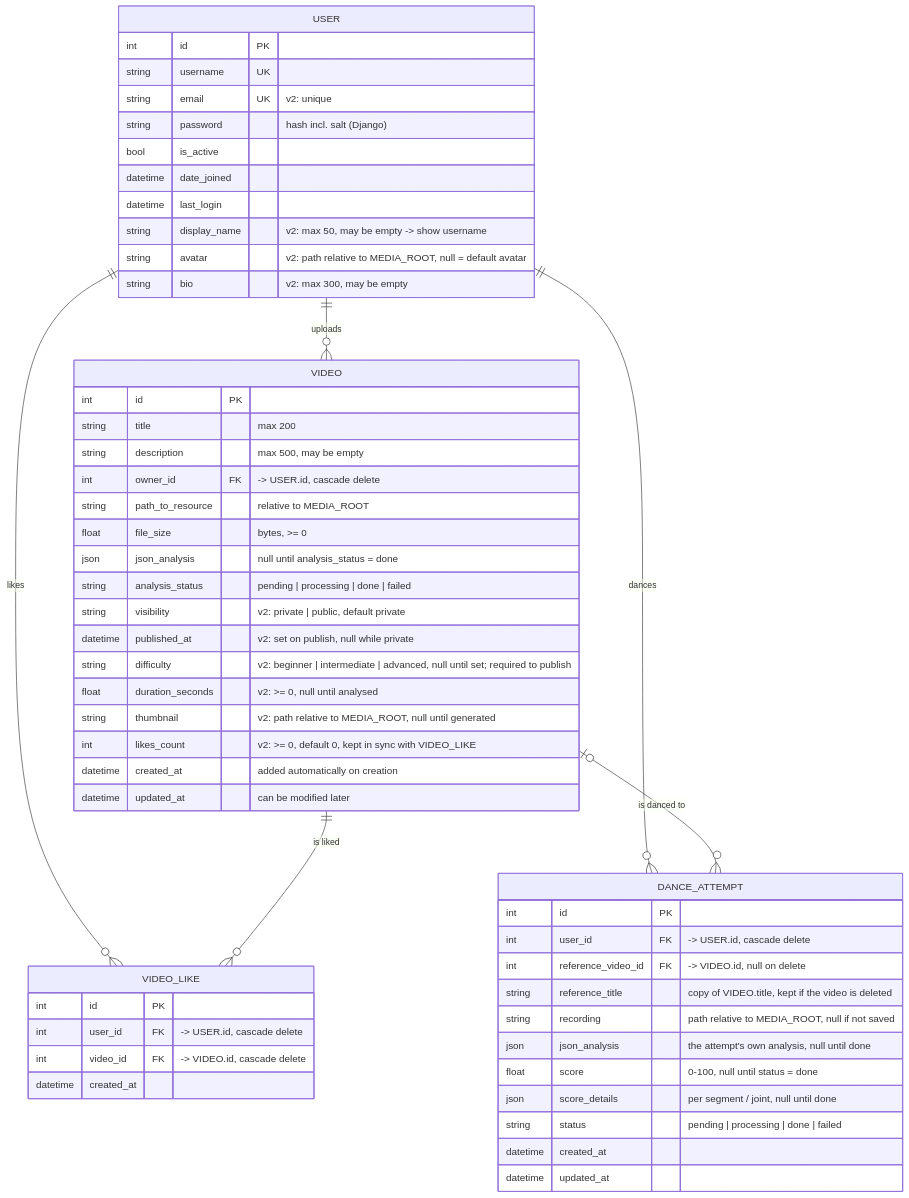
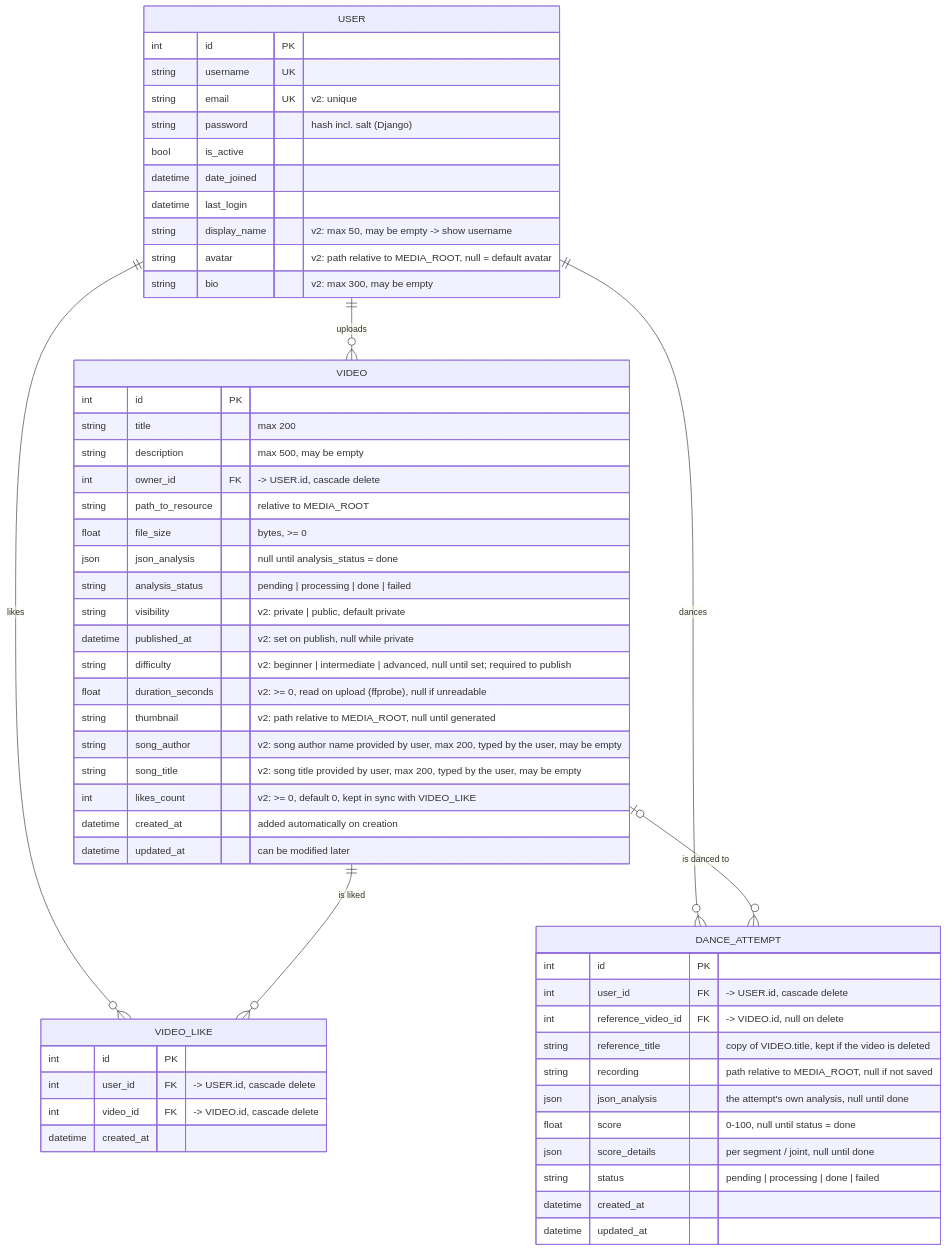
The diagram in backend/db/diagram/v2.md (p0mpon/zpi-dancingbuddy), drawn with Mermaid before and after one commit. The commit also changed other lines of this file and 8 other files, not shown here.

Commit message:
[DAN-101] Video v2 API: song fields, publish via PATCH visibility, duration calculated upon upload

````diff
--- a/backend/db/diagram/v2.md
+++ b/backend/db/diagram/v2.md
@@ -6,58 +6,60 @@
 ```mermaid
 erDiagram
     USER ||--o{ VIDEO : uploads
     USER ||--o{ VIDEO_LIKE : likes
     VIDEO ||--o{ VIDEO_LIKE : "is liked"
     USER ||--o{ DANCE_ATTEMPT : dances
     VIDEO |o--o{ DANCE_ATTEMPT : "is danced to"
 
     USER {
         int id PK
         string username UK
         string email UK "v2: unique"
         string password "hash incl. salt (Django)"
         bool is_active
         datetime date_joined
         datetime last_login
         string display_name "v2: max 50, may be empty -> show username"
         string avatar "v2: path relative to MEDIA_ROOT, null = default avatar"
         string bio "v2: max 300, may be empty"
     }
     VIDEO {
         int id PK
         string title "max 200"
         string description "max 500, may be empty"
         int owner_id FK "-> USER.id, cascade delete"
         string path_to_resource "relative to MEDIA_ROOT"
         float file_size "bytes, >= 0"
         json json_analysis "null until analysis_status = done"
         string analysis_status "pending | processing | done | failed"
         string visibility "v2: private | public, default private"
         datetime published_at "v2: set on publish, null while private"
         string difficulty "v2: beginner | intermediate | advanced, null until set; required to publish"
-        float duration_seconds "v2: >= 0, null until analysed"
+        float duration_seconds "v2: >= 0, read on upload (ffprobe), null if unreadable"
         string thumbnail "v2: path relative to MEDIA_ROOT, null until generated"
+        string song_author "v2: song author name provided by user, max 200, typed by the user, may be empty"
+        string song_title "v2: song title provided by user, max 200, typed by the user, may be empty"
         int likes_count "v2: >= 0, default 0, kept in sync with VIDEO_LIKE"
         datetime created_at "added automatically on creation"
         datetime updated_at "can be modified later"
     }
     VIDEO_LIKE {
         int id PK
         int user_id FK "-> USER.id, cascade delete"
         int video_id FK "-> VIDEO.id, cascade delete"
         datetime created_at
     }
     DANCE_ATTEMPT {
         int id PK
         int user_id FK "-> USER.id, cascade delete"
         int reference_video_id FK "-> VIDEO.id, null on delete"
         string reference_title "copy of VIDEO.title, kept if the video is deleted"
         string recording "path relative to MEDIA_ROOT, null if not saved"
         json json_analysis "the attempt's own analysis, null until done"
         float score "0-100, null until status = done"
         json score_details "per segment / joint, null until done"
         string status "pending | processing | done | failed"
         datetime created_at
         datetime updated_at
     }
 ```
````
